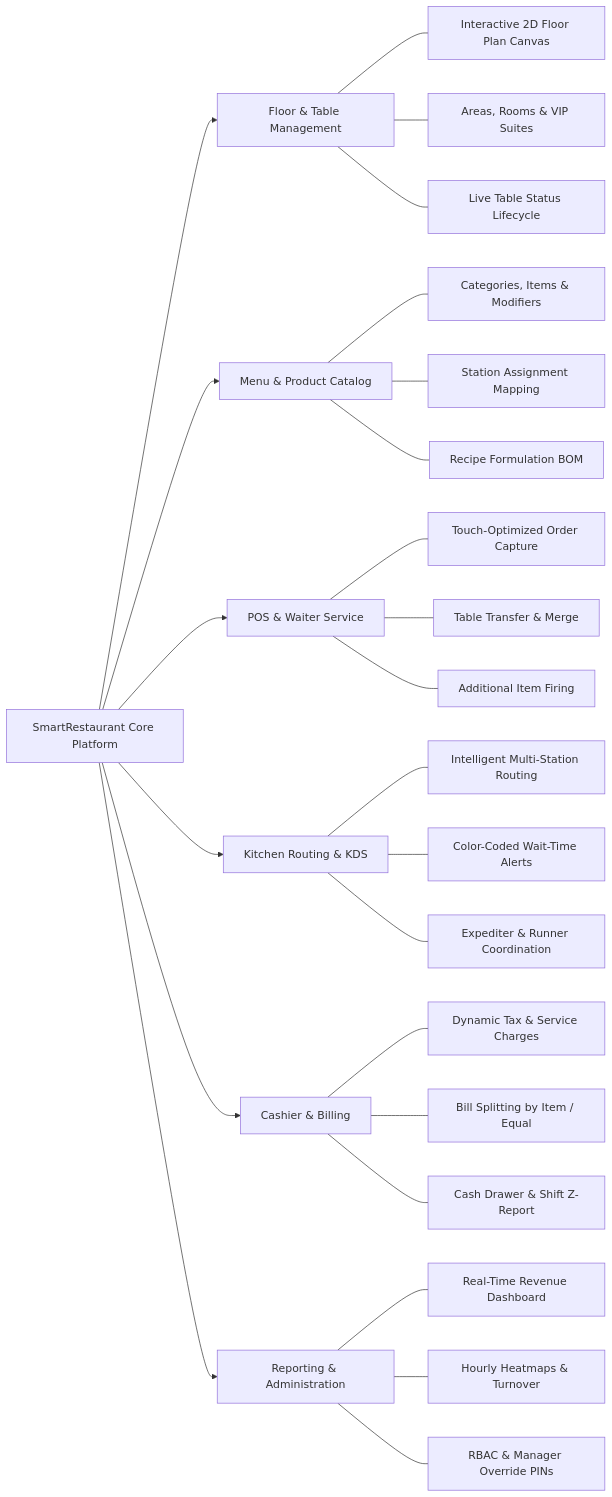
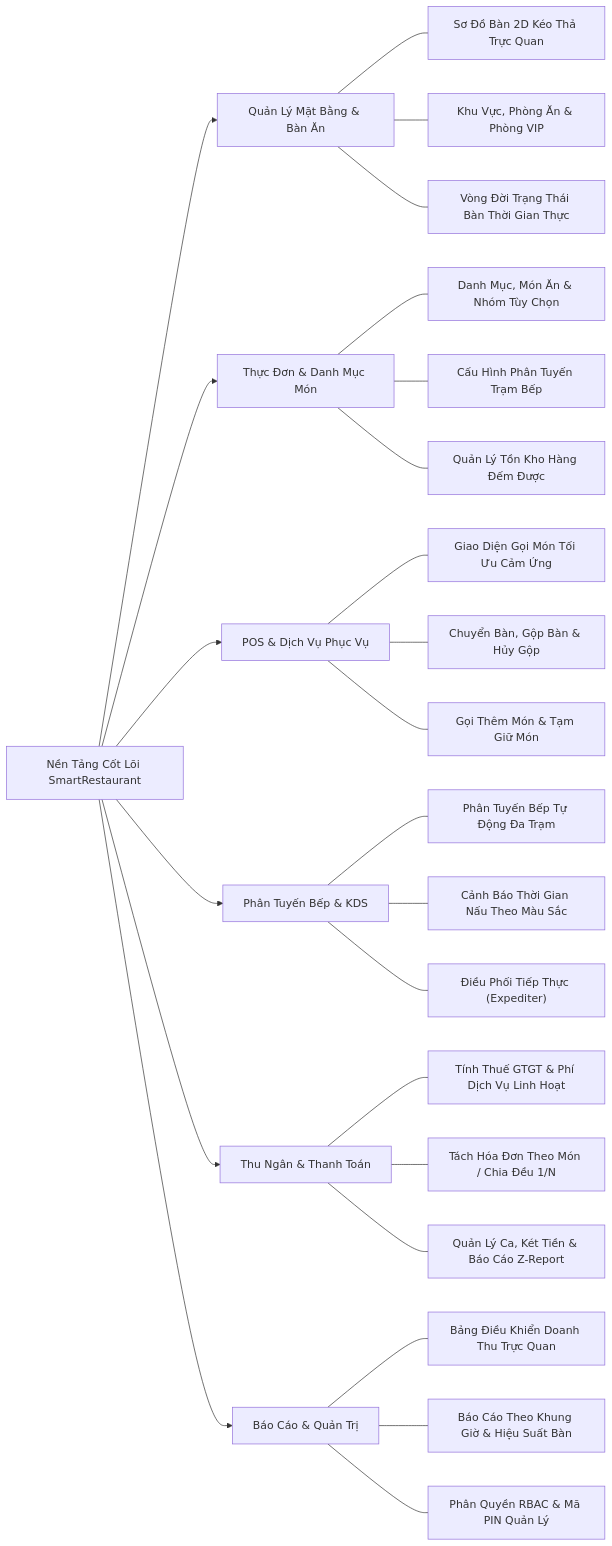
Before and after one commit to dieudoanhut2002/SmartRestaurant: the diagram in docs/product/PRD.md, drawn with Mermaid. The commit also changed other lines of this file and 40 other files, not shown here.

````diff
--- a/docs/product/PRD.md
+++ b/docs/product/PRD.md
@@ -73,33 +74,33 @@
 ```mermaid
 flowchart LR
-    A[SmartRestaurant Core Platform] --> B[Floor & Table Management]
-    A --> C[Menu & Product Catalog]
-    A --> D[POS & Waiter Service]
-    A --> E[Kitchen Routing & KDS]
-    A --> F[Cashier & Billing]
-    A --> G[Reporting & Administration]
+    A["Nền Tảng Cốt Lõi SmartRestaurant"] --> B["Quản Lý Mặt Bằng & Bàn Ăn"]
+    A --> C["Thực Đơn & Danh Mục Món"]
+    A --> D["POS & Dịch Vụ Phục Vụ"]
+    A --> E["Phân Tuyến Bếp & KDS"]
+    A --> F["Thu Ngân & Thanh Toán"]
+    A --> G["Báo Cáo & Quản Trị"]
 
-    B --- B1[Interactive 2D Floor Plan Canvas]
-    B --- B2[Areas, Rooms & VIP Suites]
-    B --- B3[Live Table Status Lifecycle]
+    B --- B1["Sơ Đồ Bàn 2D Kéo Thả Trực Quan"]
+    B --- B2["Khu Vực, Phòng Ăn & Phòng VIP"]
+    B --- B3["Vòng Đời Trạng Thái Bàn Thời Gian Thực"]
 
-    C --- C1[Categories, Items & Modifiers]
-    C --- C2[Station Assignment Mapping]
-    C --- C3[Recipe Formulation BOM]
+    C --- C1["Danh Mục, Món Ăn & Nhóm Tùy Chọn"]
+    C --- C2["Cấu Hình Phân Tuyến Trạm Bếp"]
+    C --- C3["Quản Lý Tồn Kho Hàng Đếm Được"]
 
-    D --- D1[Touch-Optimized Order Capture]
-    D --- D2[Table Transfer & Merge]
-    D --- D3[Additional Item Firing]
+    D --- D1["Giao Diện Gọi Món Tối Ưu Cảm Ứng"]
+    D --- D2["Chuyển Bàn, Gộp Bàn & Hủy Gộp"]
+    D --- D3["Gọi Thêm Món & Tạm Giữ Món"]
 
-    E --- E1[Intelligent Multi-Station Routing]
-    E --- E2[Color-Coded Wait-Time Alerts]
-    E --- E3[Expediter & Runner Coordination]
+    E --- E1["Phân Tuyến Bếp Tự Động Đa Trạm"]
+    E --- E2["Cảnh Báo Thời Gian Nấu Theo Màu Sắc"]
+    E --- E3["Điều Phối Tiếp Thực (Expediter)"]
 
-    F --- F1[Dynamic Tax & Service Charges]
-    F --- F2[Bill Splitting by Item / Equal]
-    F --- F3[Cash Drawer & Shift Z-Report]
+    F --- F1["Tính Thuế GTGT & Phí Dịch Vụ Linh Hoạt"]
+    F --- F2["Tách Hóa Đơn Theo Món / Chia Đều 1/N"]
+    F --- F3["Quản Lý Ca, Két Tiền & Báo Cáo Z-Report"]
 
-    G --- G1[Real-Time Revenue Dashboard]
-    G --- G2[Hourly Heatmaps & Turnover]
-    G --- G3[RBAC & Manager Override PINs]
+    G --- G1["Bảng Điều Khiển Doanh Thu Trực Quan"]
+    G --- G2["Báo Cáo Theo Khung Giờ & Hiệu Suất Bàn"]
+    G --- G3["Phân Quyền RBAC & Mã PIN Quản Lý"]
 ```
````
